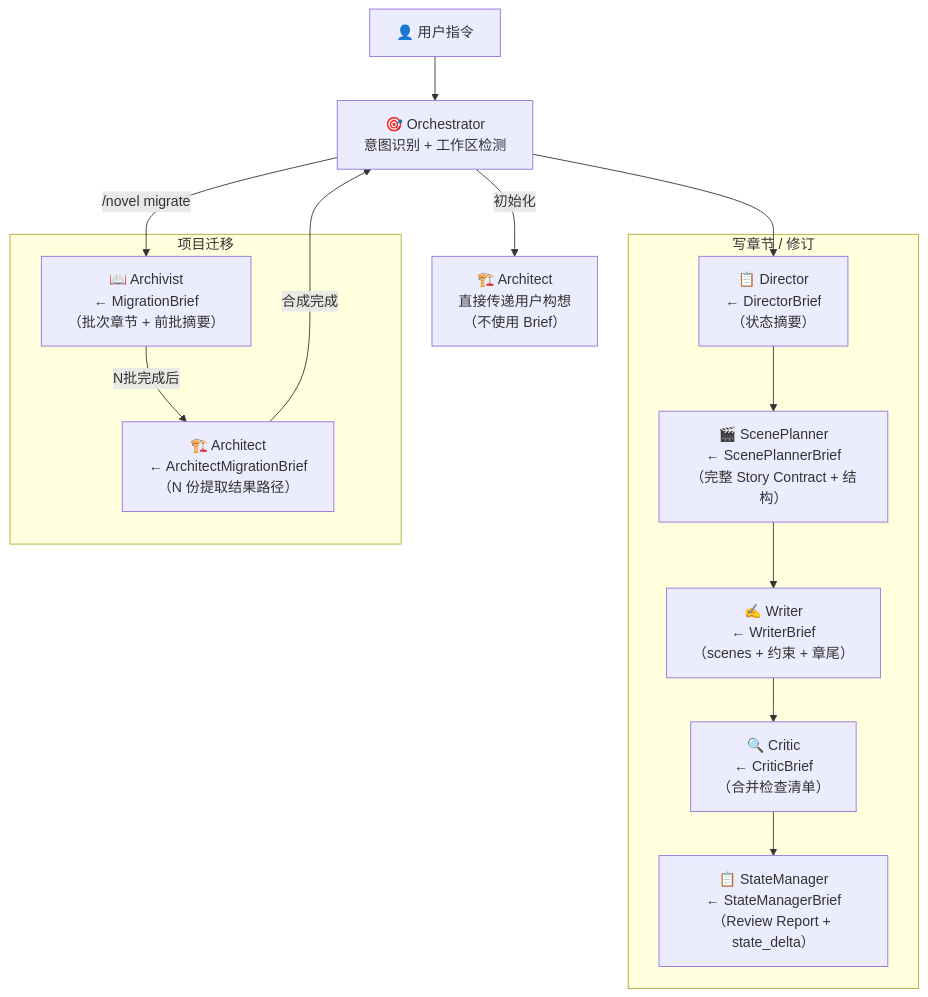
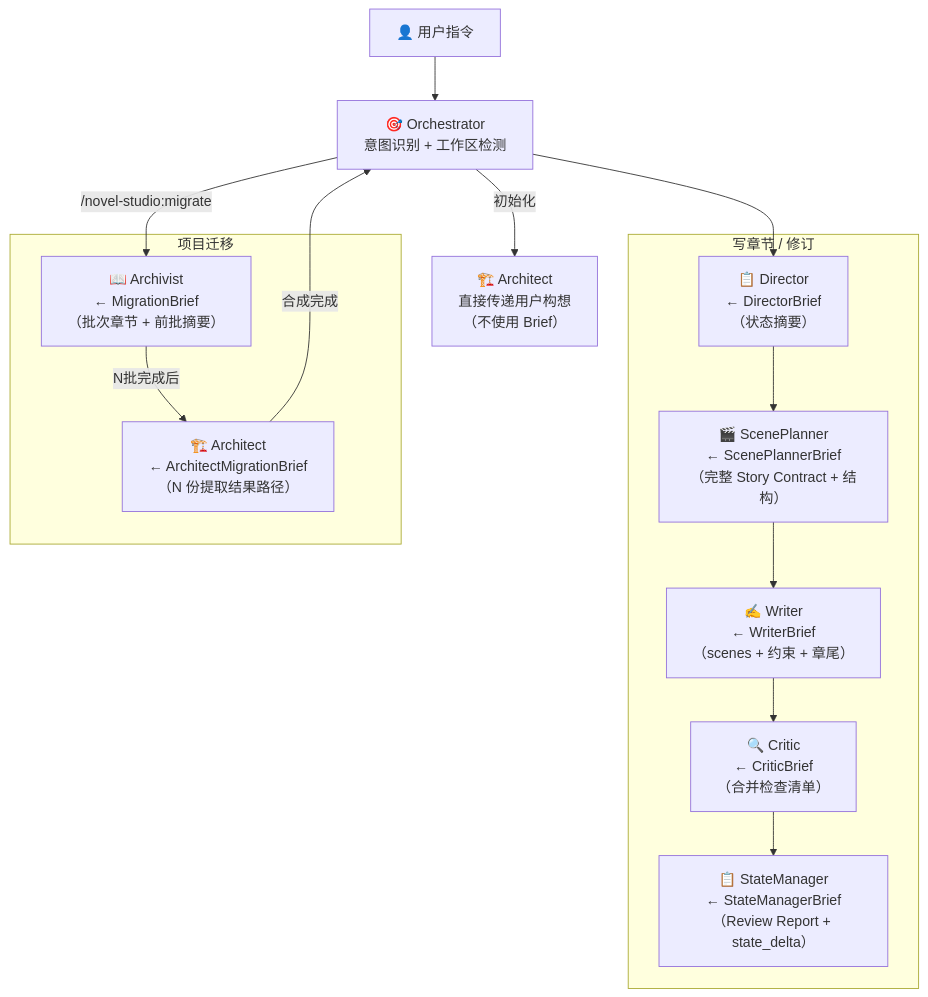
Before and after one commit to deathwhispers/novel-studio: the diagram in runtime/handoff-schema.md, drawn with Mermaid. The commit also changed 24 other files, not shown here.

````diff
--- a/runtime/handoff-schema.md
+++ b/runtime/handoff-schema.md
@@ -430,32 +430,32 @@
 ```mermaid
 flowchart TD
     User["👤 用户指令"]
     Orchestrator["🎯 Orchestrator<br/>意图识别 + 工作区检测"]
 
     User --> Orchestrator
 
     Orchestrator -->|"初始化"| Architect["🏗️ Architect<br/>直接传递用户构想<br/>（不使用 Brief）"]
 
     subgraph WriteFlow["写章节 / 修订"]
         Director["📋 Director<br/>← DirectorBrief<br/>（状态摘要）"]
         ScenePlanner["🎬 ScenePlanner<br/>← ScenePlannerBrief<br/>（完整 Story Contract + 结构）"]
         Writer["✍️ Writer<br/>← WriterBrief<br/>（scenes + 约束 + 章尾）"]
         Critic["🔍 Critic<br/>← CriticBrief<br/>（合并检查清单）"]
         StateManager["📋 StateManager<br/>← StateManagerBrief<br/>（Review Report + state_delta）"]
     end
 
     Orchestrator --> Director
     Director --> ScenePlanner
     ScenePlanner --> Writer
     Writer --> Critic
     Critic --> StateManager
 
     subgraph MigrateFlow["项目迁移"]
         Archivist["📖 Archivist<br/>← MigrationBrief<br/>（批次章节 + 前批摘要）"]
         ArchMigrate["🏗️ Architect<br/>← ArchitectMigrationBrief<br/>（N 份提取结果路径）"]
     end
 
-    Orchestrator -->|"/novel migrate"| Archivist
+    Orchestrator -->|"/novel-studio:migrate"| Archivist
     Archivist -->|"N批完成后"| ArchMigrate
     ArchMigrate -->|"合成完成"| Orchestrator
 ```
````
